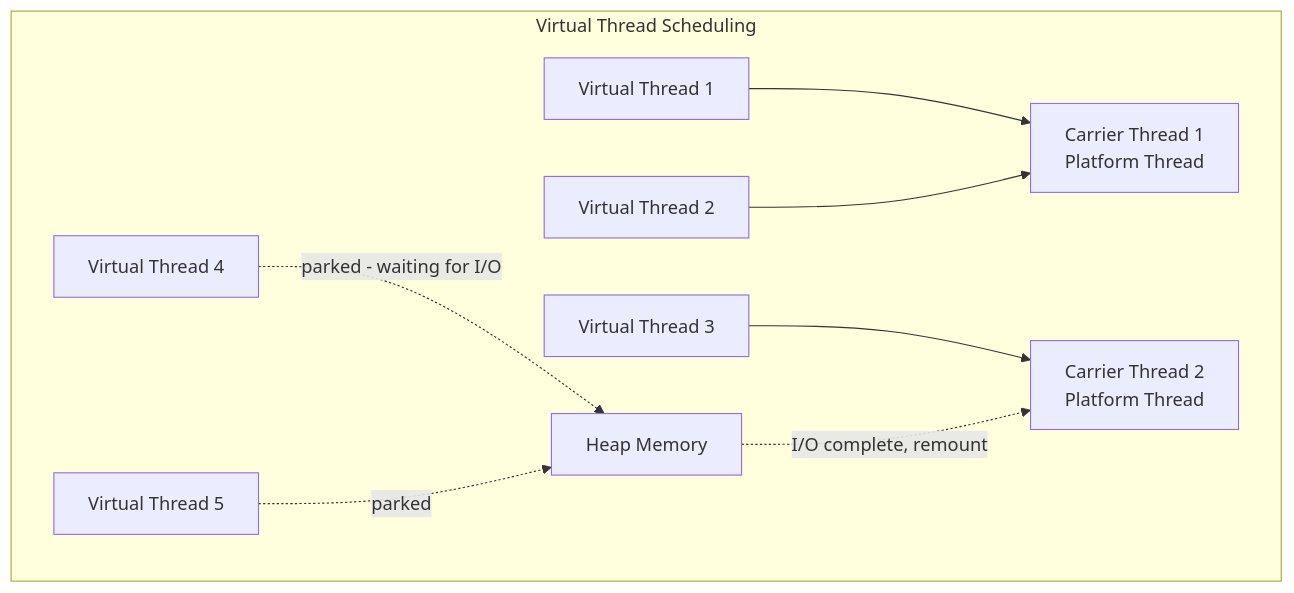
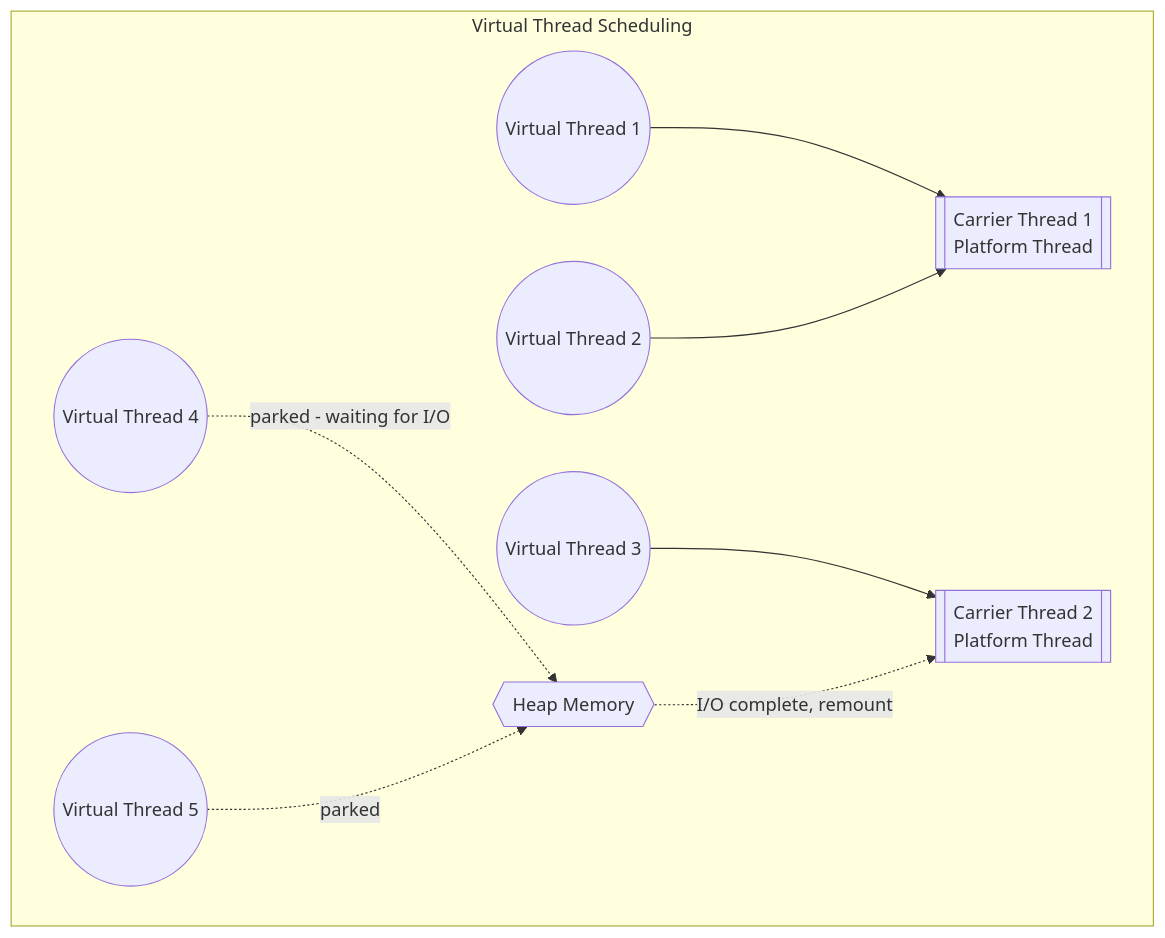
Before and after one commit to saivamsikaruturi/vamsilabs-dev-notes-main: the fifth of 5 diagrams in docs/java/Executors.md, drawn with Mermaid. The commit also changed other lines of this file and 146 other files, not shown here.

Commit message:
Horizontal diagrams, UML class diagrams, typography overhaul, and permalink cleanup

````diff
--- a/docs/java/Executors.md
+++ b/docs/java/Executors.md
@@ -397,11 +399,12 @@
 ```mermaid
-graph TD
+flowchart LR
     subgraph "Virtual Thread Scheduling"
-        VT1[Virtual Thread 1] --> C1[Carrier Thread 1<br/>Platform Thread]
-        VT2[Virtual Thread 2] --> C1
-        VT3[Virtual Thread 3] --> C2[Carrier Thread 2<br/>Platform Thread]
-        VT4[Virtual Thread 4] -.->|parked - waiting for I/O| HEAP[Heap Memory]
-        VT5[Virtual Thread 5] -.->|parked| HEAP
+        direction LR
+        VT1(("Virtual Thread 1")) --> C1[["Carrier Thread 1<br/>Platform Thread"]]
+        VT2(("Virtual Thread 2")) --> C1
+        VT3(("Virtual Thread 3")) --> C2[["Carrier Thread 2<br/>Platform Thread"]]
+        VT4(("Virtual Thread 4")) -.->|parked - waiting for I/O| HEAP{{"Heap Memory"}}
+        VT5(("Virtual Thread 5")) -.->|parked| HEAP
         HEAP -.->|I/O complete, remount| C2
     end
 ```
````
